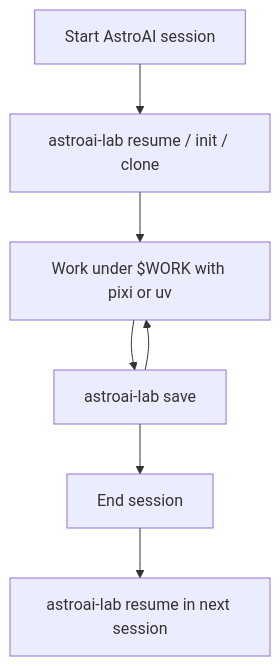
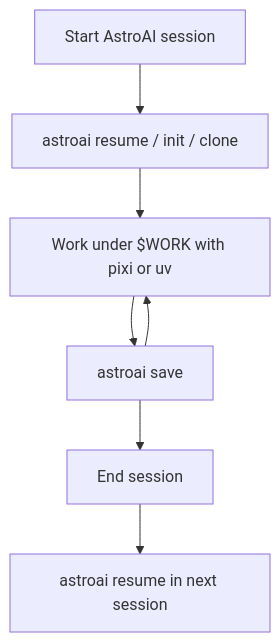
One commit to astroai/astroai-lab changed the second of 2 diagrams in README.md. Above: the diagram before and after it, drawn with Mermaid. The commit also changed other lines of this file and 113 other files, not shown here.

````diff
--- a/README.md
+++ b/README.md
@@ -48,9 +48,9 @@
 ```mermaid
 flowchart TD
-  A[Start AstroAI session] --> B["astroai-lab resume / init / clone"]
+  A[Start AstroAI session] --> B["astroai resume / init / clone"]
   B --> C[Work under $WORK with pixi or uv]
-  C --> D["astroai-lab save"]
+  C --> D["astroai save"]
   D --> C
   D --> E[End session]
-  E --> F["astroai-lab resume in next session"]
+  E --> F["astroai resume in next session"]
 ```
````
